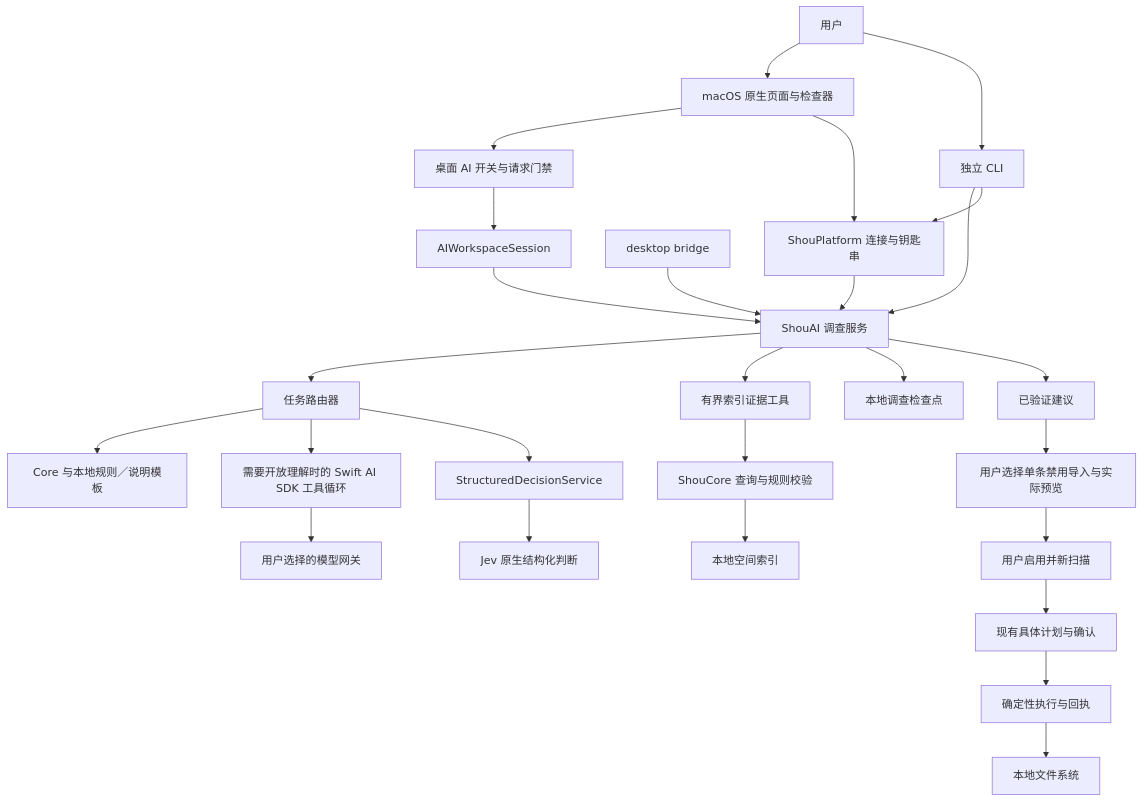
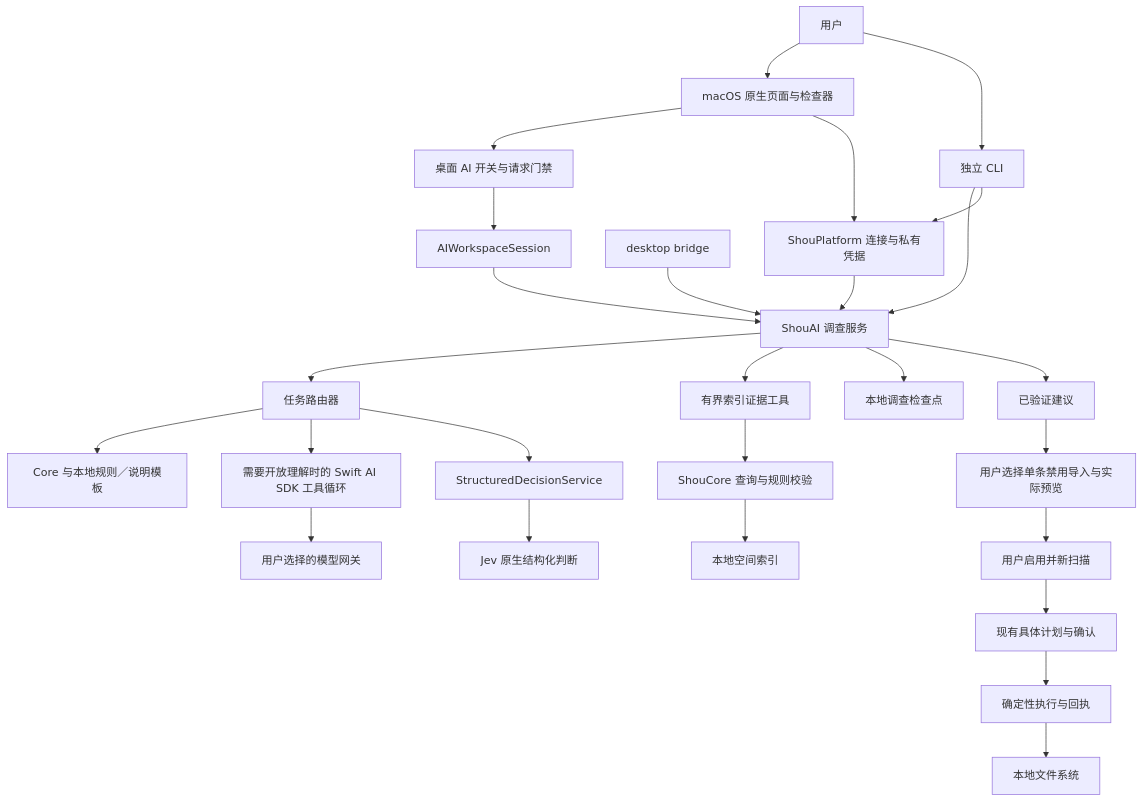
One commit to limecloud/shou changed the first of 15 diagrams in docs/zh-CN/architecture/embedded-ai.md. Above: the diagram before and after it, drawn with Mermaid. The commit also changed other lines of this file and 112 other files, not shown here.

````diff
--- a/docs/zh-CN/architecture/embedded-ai.md
+++ b/docs/zh-CN/architecture/embedded-ai.md
@@ -9,29 +9,29 @@
 ```mermaid
 flowchart TB
     User[用户] --> Desktop[macOS 原生页面与检查器]
     User --> CLI[独立 CLI]
     Desktop --> Gate[桌面 AI 开关与请求门禁]
     Gate --> Session[AIWorkspaceSession]
     Session --> Service[ShouAI 调查服务]
     CLI --> Service
     Bridge[desktop bridge] --> Service
     Service --> Route[任务路由器]
     Route --> Local[Core 与本地规则／说明模板]
     Route --> SDK[需要开放理解时的 Swift AI SDK 工具循环]
     SDK --> Provider[用户选择的模型网关]
     Route --> Decision[StructuredDecisionService]
     Decision --> Jev[Jev 原生结构化判断]
     Service --> Evidence[有界索引证据工具]
     Evidence --> Core[ShouCore 查询与规则校验]
     Core --> Index[本地空间索引]
     Service --> Checkpoint[本地调查检查点]
-    Desktop --> Profiles[ShouPlatform 连接与钥匙串]
+    Desktop --> Profiles[ShouPlatform 连接与私有凭据]
     CLI --> Profiles
     Profiles --> Service
     Service --> Advice[已验证建议]
     Advice --> Preview[用户选择单条禁用导入与实际预览]
     Preview --> Review[用户启用并新扫描]
     Review --> Confirm[现有具体计划与确认]
     Confirm --> Execute[确定性执行与回执]
     Execute --> Files[本地文件系统]
 ```
````
